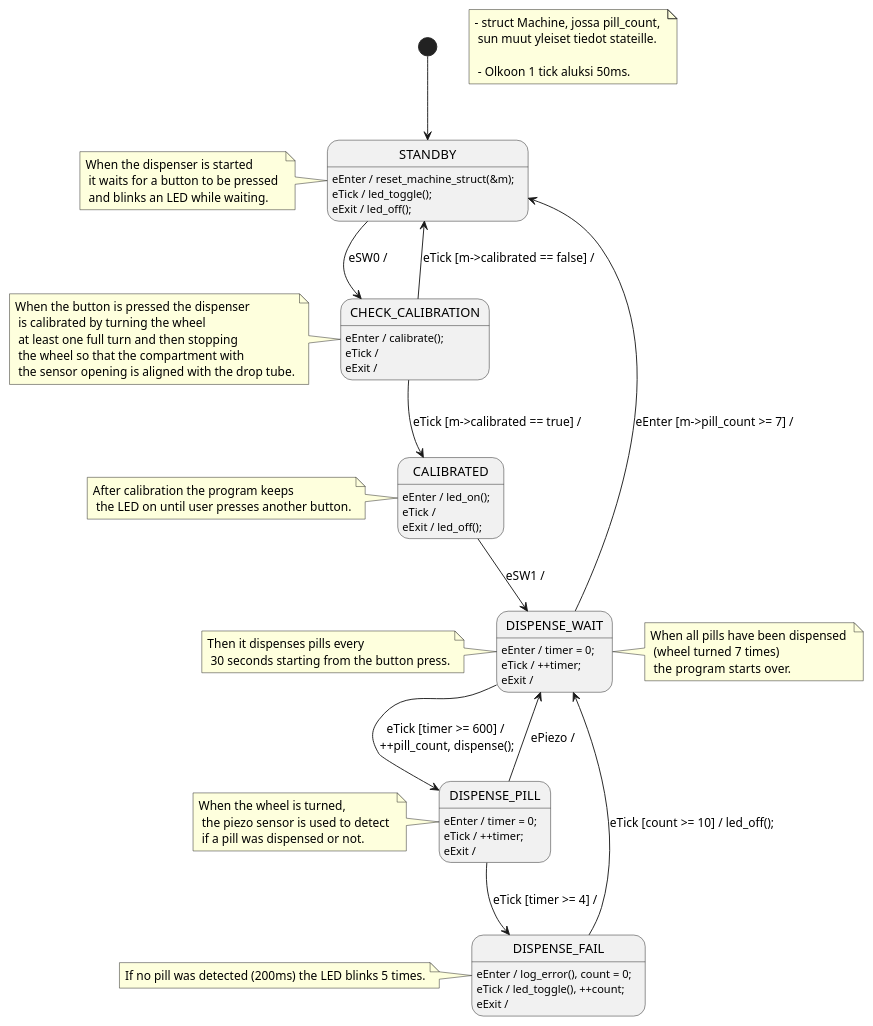
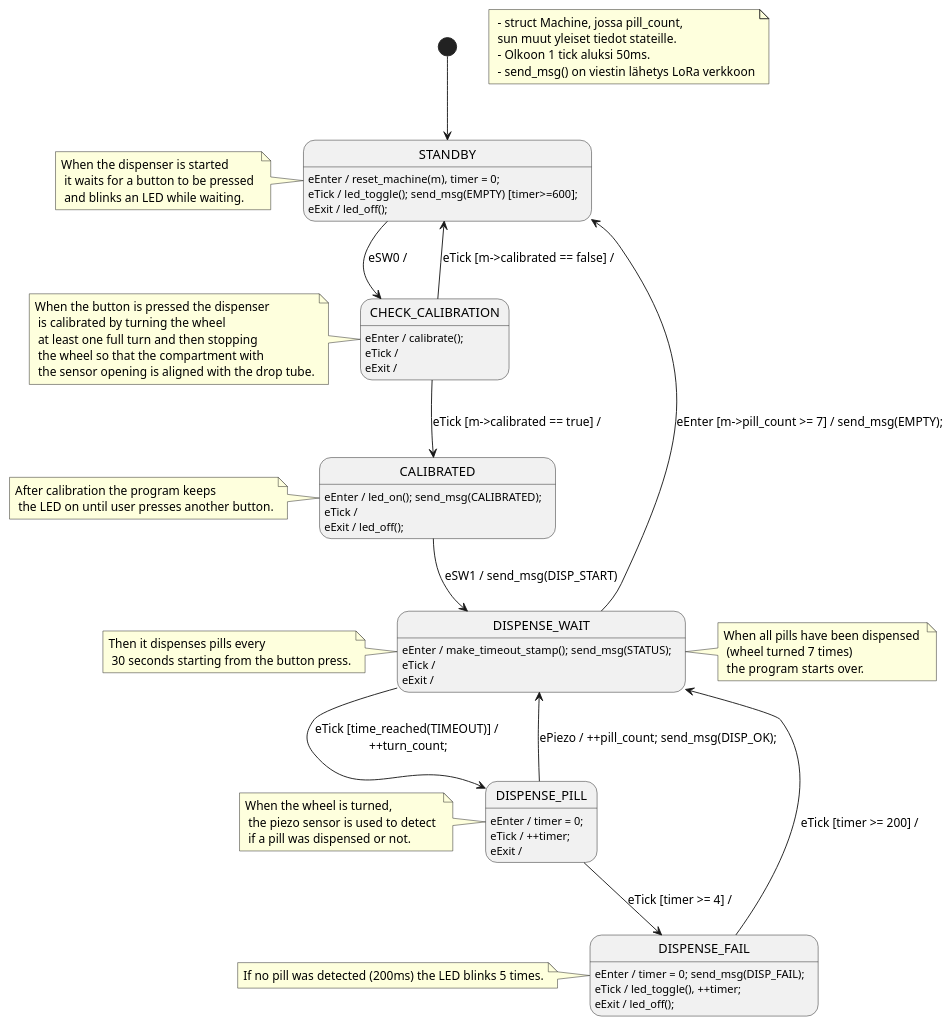
One commit to aleksanteril/LAAKKEET changed the diagram in minimum_state_diagram.puml. Above: the diagram before and after it, drawn with PlantUML. The commit also changed 1 other file, not shown here.

Commit message:
diagram updated

```diff
--- a/minimum_state_diagram.puml
+++ b/minimum_state_diagram.puml
@@ -1,52 +1,52 @@
 @startuml Minimum State Machine
 
 [*] --> STANDBY
-STANDBY : eEnter / reset_machine_struct(&m);
-STANDBY : eTick / led_toggle();
+STANDBY : eEnter / reset_machine(m), timer = 0;
+STANDBY : eTick / led_toggle(); send_msg(EMPTY) [timer>=600];
 STANDBY : eExit / led_off();
 STANDBY --> CHECK_CALIBRATION : eSW0 /
 
 
-note "- struct Machine, jossa pill_count, \n sun muut yleiset tiedot stateille. \n \n - Olkoon 1 tick aluksi 50ms." as N1
+note " - struct Machine, jossa pill_count, \n sun muut yleiset tiedot stateille. \n - Olkoon 1 tick aluksi 50ms.\n - send_msg() on viestin lähetys LoRa verkkoon" as N1
 note left of STANDBY : When the dispenser is started \n it waits for a button to be pressed \n and blinks an LED while waiting.
 
 CHECK_CALIBRATION : eEnter / calibrate();
 CHECK_CALIBRATION : eTick / 
 CHECK_CALIBRATION : eExit /
 CHECK_CALIBRATION --> STANDBY : eTick [m->calibrated == false] /
 CHECK_CALIBRATION --> CALIBRATED : eTick [m->calibrated == true] /
 
 note left of CHECK_CALIBRATION : When the button is pressed the dispenser \n is calibrated by turning the wheel \n at least one full turn and then stopping \n the wheel so that the compartment with \n the sensor opening is aligned with the drop tube.
 
-CALIBRATED : eEnter / led_on();
+CALIBRATED : eEnter / led_on(); send_msg(CALIBRATED);
 CALIBRATED : eTick /
 CALIBRATED : eExit / led_off();
-CALIBRATED --> DISPENSE_WAIT : eSW1 /
+CALIBRATED --> DISPENSE_WAIT : eSW1 / send_msg(DISP_START)
 
 note left of CALIBRATED : After calibration the program keeps \n the LED on until user presses another button.
 
-DISPENSE_WAIT : eEnter / timer = 0;
-DISPENSE_WAIT : eTick / ++timer;
+DISPENSE_WAIT : eEnter / make_timeout_stamp(); send_msg(STATUS);
+DISPENSE_WAIT : eTick / 
 DISPENSE_WAIT : eExit / 
-DISPENSE_WAIT --> DISPENSE_PILL : eTick [timer >= 600] / \n++pill_count, dispense();
-DISPENSE_WAIT --> STANDBY : eEnter [m->pill_count >= 7] /
+DISPENSE_WAIT --> DISPENSE_PILL : eTick [time_reached(TIMEOUT)] / \n++turn_count;
+DISPENSE_WAIT --> STANDBY : eEnter [m->pill_count >= 7] / send_msg(EMPTY);
 
 note left of DISPENSE_WAIT : Then it dispenses pills every \n 30 seconds starting from the button press.
 note right of DISPENSE_WAIT : When all pills have been dispensed \n (wheel turned 7 times) \n the program starts over.
 
 DISPENSE_PILL : eEnter / timer = 0;
 DISPENSE_PILL : eTick / ++timer;
 DISPENSE_PILL : eExit /
-DISPENSE_PILL --> DISPENSE_WAIT : ePiezo / 
+DISPENSE_PILL --> DISPENSE_WAIT : ePiezo / ++pill_count; send_msg(DISP_OK);
 DISPENSE_PILL --> DISPENSE_FAIL : eTick [timer >= 4] /
 
 note left of DISPENSE_PILL : When the wheel is turned, \n the piezo sensor is used to detect \n if a pill was dispensed or not.
 
-DISPENSE_FAIL : eEnter / log_error(), count = 0;
-DISPENSE_FAIL : eTick / led_toggle(), ++count;
-DISPENSE_FAIL : eExit / 
-DISPENSE_FAIL --> DISPENSE_WAIT : eTick [count >= 10] / led_off();
+DISPENSE_FAIL : eEnter / timer = 0; send_msg(DISP_FAIL);
+DISPENSE_FAIL : eTick / led_toggle(), ++timer;
+DISPENSE_FAIL : eExit / led_off();
+DISPENSE_FAIL --> DISPENSE_WAIT : eTick [timer >= 200] /
 
 note left of DISPENSE_FAIL : If no pill was detected (200ms) the LED blinks 5 times.
 
 @enduml
```
